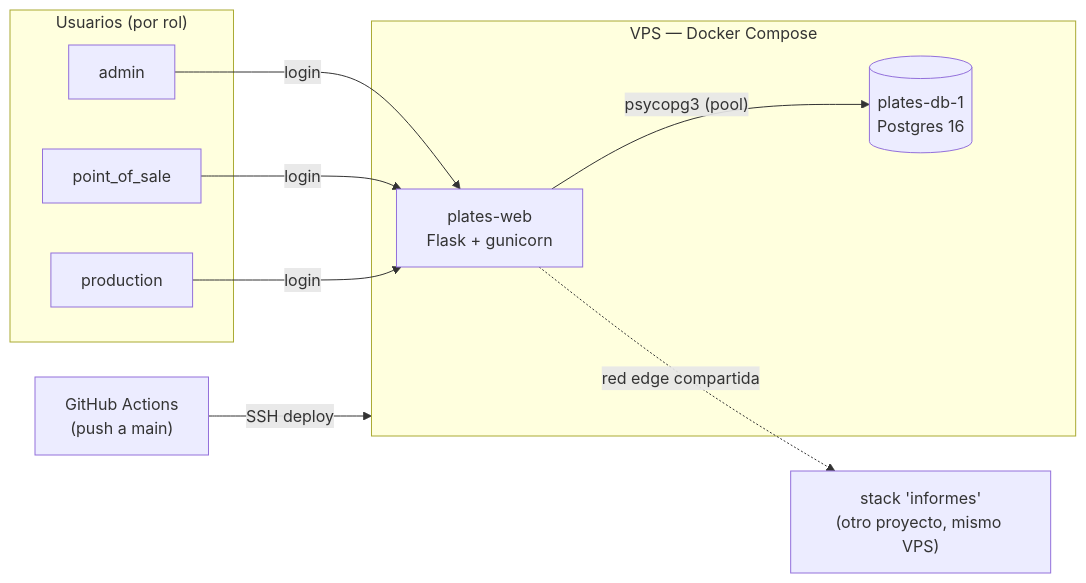
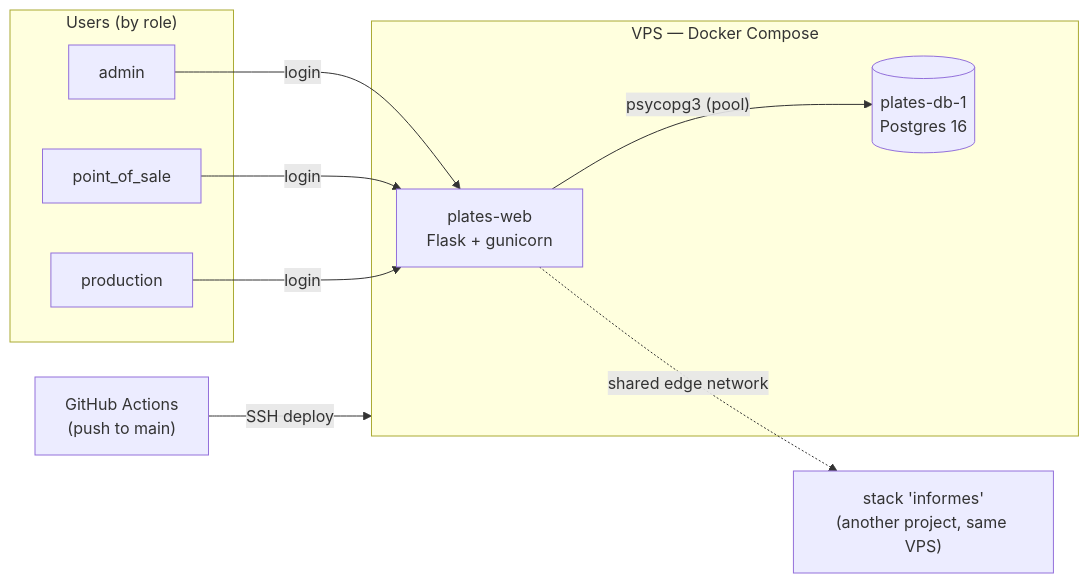
One commit to nickkmm/plates changed the diagram in docs/README.md. Above: the diagram before and after it, drawn with Mermaid. The commit also changed other lines of this file and 18 other files, not shown here.

````diff
--- a/docs/README.md
+++ b/docs/README.md
@@ -29,18 +30,18 @@
 ```mermaid
 flowchart LR
-    subgraph Usuarios["Usuarios (por rol)"]
+    subgraph Usuarios["Users (by role)"]
         A[admin]
         PV[point_of_sale]
         P[production]
     end
     subgraph VPS["VPS — Docker Compose"]
         WEB["plates-web<br/>Flask + gunicorn"]
         DB[("plates-db-1<br/>Postgres 16")]
         WEB -->|"psycopg3 (pool)"| DB
     end
     A -- login --> WEB
     PV -- login --> WEB
     P -- login --> WEB
-    GH["GitHub Actions<br/>(push a main)"] -- "SSH deploy" --> VPS
-    WEB -.->|"red edge compartida"| INF["stack 'informes'<br/>(otro proyecto, mismo VPS)"]
+    GH["GitHub Actions<br/>(push to main)"] -- "SSH deploy" --> VPS
+    WEB -.->|"shared edge network"| INF["stack 'informes'<br/>(another project, same VPS)"]
 ```
````
